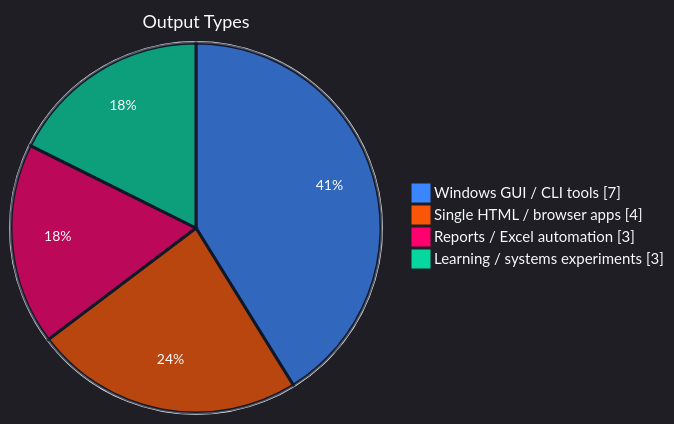
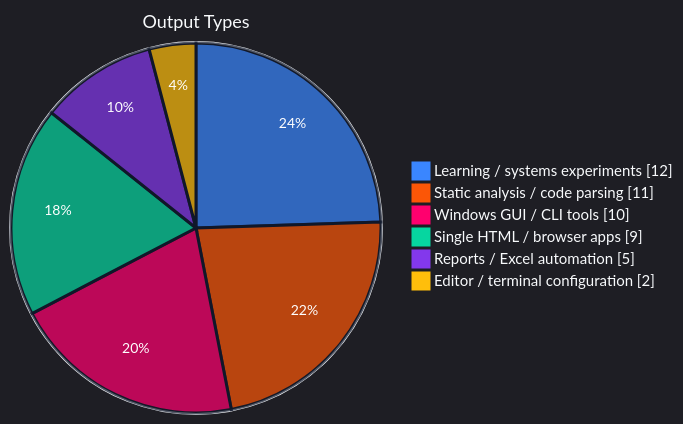
The second of 4 diagrams in README.md (SSsan-00/SSsan-00), drawn with Mermaid before and after one commit. The commit also changed other lines of this file and 2 other files, not shown here.

````diff
--- a/README.md
+++ b/README.md
@@ -43,9 +46,11 @@
 ```mermaid
-%%{init: {"theme": "dark", "themeVariables": {"background": "#0f172a", "mainBkg": "#0f172a", "textColor": "#f8fafc", "primaryTextColor": "#f8fafc", "pie1": "#3a86ff", "pie2": "#fb5607", "pie3": "#ff006e", "pie4": "#06d6a0", "pieStrokeColor": "#0f172a", "pieStrokeWidth": "3px", "pieOuterStrokeColor": "#f8fafc", "pieOuterStrokeWidth": "2px", "pieTitleTextColor": "#f8fafc", "pieTitleTextSize": "18px", "pieLegendTextColor": "#f8fafc", "pieLegendTextSize": "15px", "pieSectionTextColor": "#ffffff", "pieSectionTextSize": "14px"}}}%%
+%%{init: {"theme":"dark","themeVariables":{"background":"#0f172a","mainBkg":"#0f172a","textColor":"#f8fafc","primaryTextColor":"#f8fafc","pieStrokeColor":"#0f172a","pieStrokeWidth":"3px","pieOuterStrokeColor":"#f8fafc","pieOuterStrokeWidth":"2px","pieTitleTextColor":"#f8fafc","pieTitleTextSize":"18px","pieLegendTextColor":"#f8fafc","pieLegendTextSize":"15px","pieSectionTextColor":"#ffffff","pieSectionTextSize":"14px","pie1":"#3a86ff","pie2":"#fb5607","pie3":"#ff006e","pie4":"#06d6a0","pie5":"#8338ec","pie6":"#ffbe0b"}}}%%
 pie showData
   title Output Types
-  "Windows GUI / CLI tools" : 7
-  "Single HTML / browser apps" : 4
-  "Reports / Excel automation" : 3
-  "Learning / systems experiments" : 3
+  "Learning / systems experiments" : 12
+  "Static analysis / code parsing" : 11
+  "Windows GUI / CLI tools" : 10
+  "Single HTML / browser apps" : 9
+  "Reports / Excel automation" : 5
+  "Editor / terminal configuration" : 2
 ```
````
